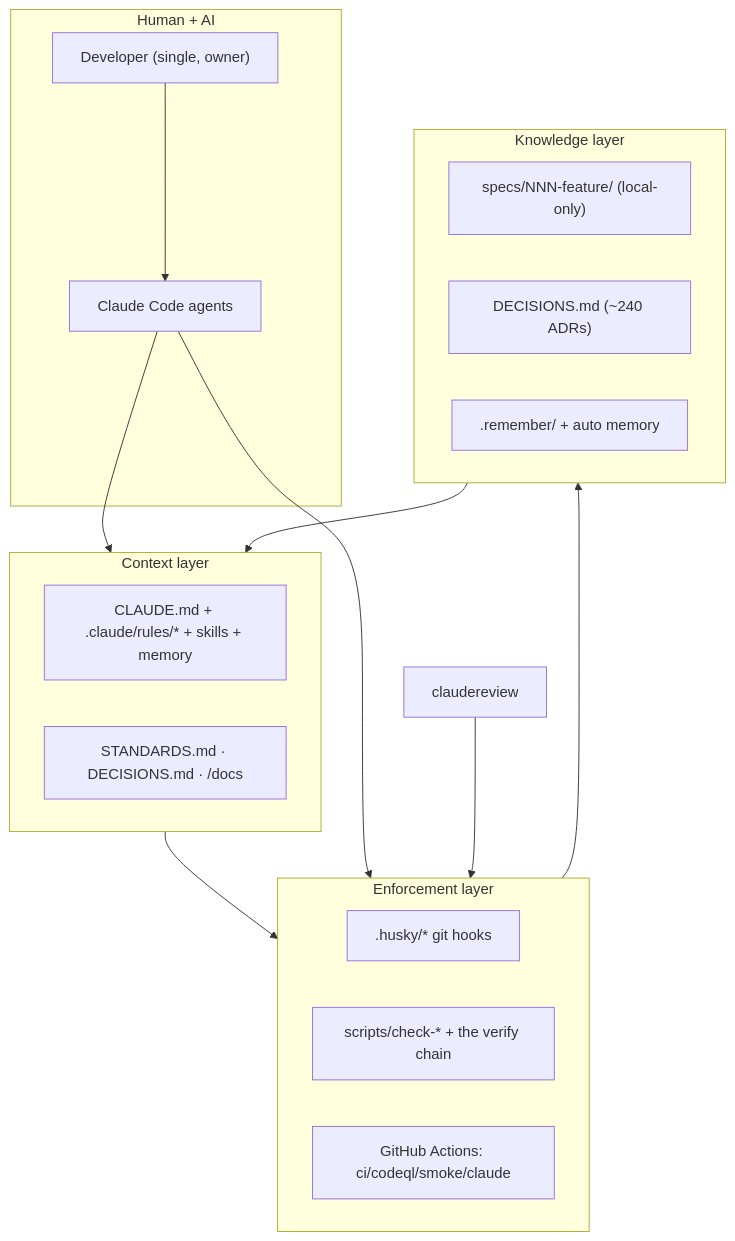
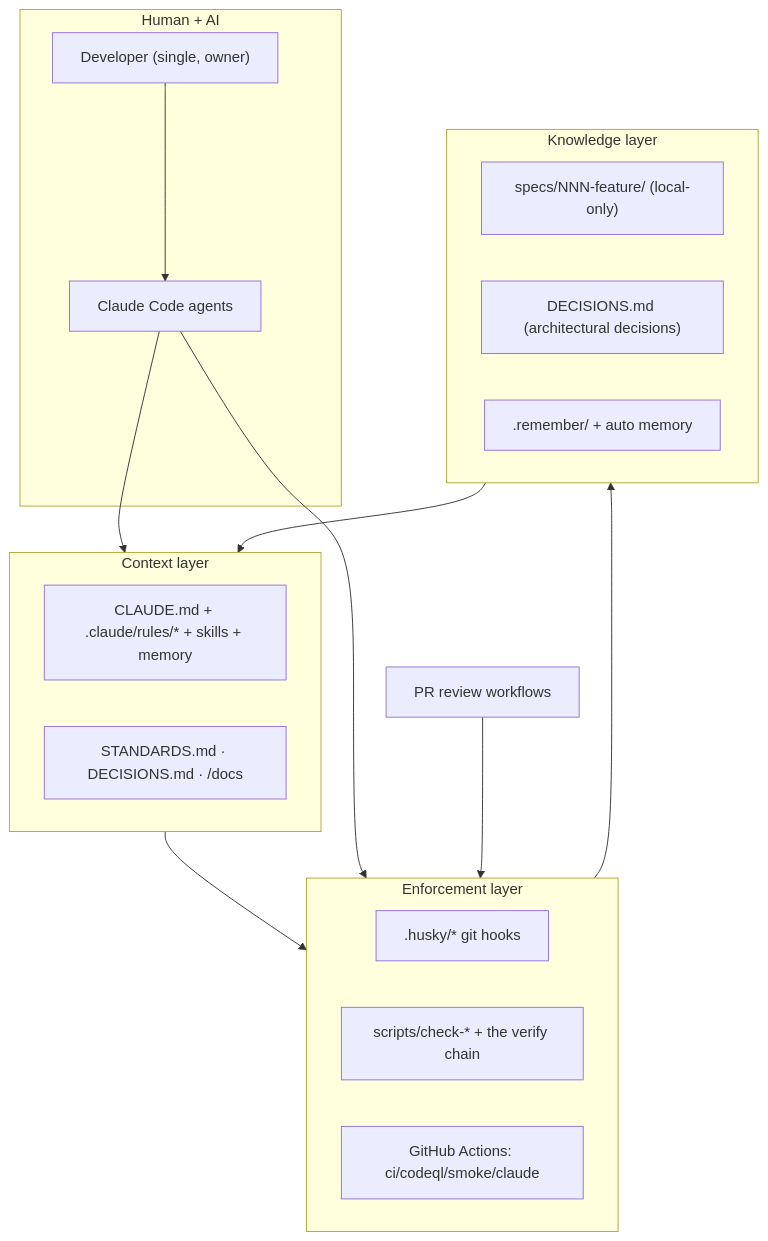
Before and after one commit to erikunha/portfolio: the diagram in docs/handbook/README.md, drawn with Mermaid. The commit also changed other lines of this file and 10 other files, not shown here.

````diff
--- a/docs/handbook/README.md
+++ b/docs/handbook/README.md
@@ -32,28 +32,28 @@
 ```mermaid
 flowchart TB
     subgraph people["Human + AI"]
         dev["Developer (single, owner)"]
         claude["Claude Code agents"]
     end
     subgraph context["Context layer"]
         cl["CLAUDE.md + .claude/rules/* + skills + memory"]
         docs["STANDARDS.md · DECISIONS.md · /docs"]
     end
     subgraph enforce["Enforcement layer"]
         husky[".husky/* git hooks"]
         gates["scripts/check-* + the verify chain"]
         ci["GitHub Actions: ci/codeql/smoke/claude"]
     end
     subgraph knowledge["Knowledge layer"]
         specs["specs/NNN-feature/ (local-only)"]
-        adr["DECISIONS.md (~240 ADRs)"]
+        adr["DECISIONS.md (architectural decisions)"]
         mem[".remember/ + auto memory"]
     end
     dev --> claude
     claude --> context
     context --> enforce
     claude --> enforce
-    claudereview --> enforce
+    review["PR review workflows"] --> enforce
     enforce --> knowledge
     knowledge --> context
 ```
````
